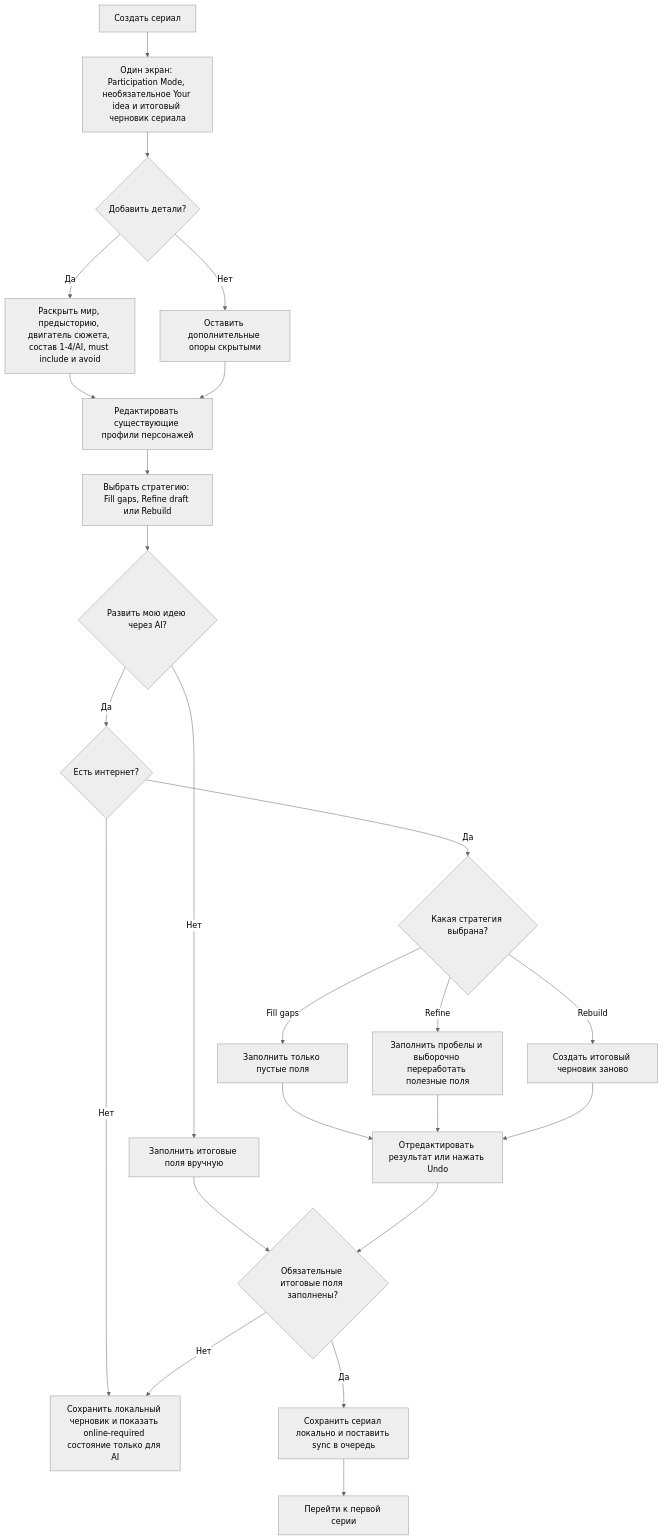
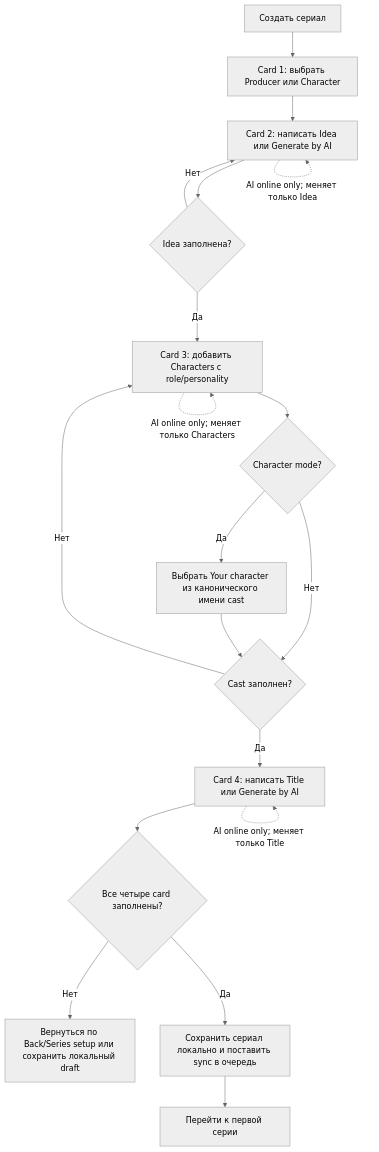
Before and after one commit to Gamshik/narrumi: the second of 10 diagrams in concept/user_flow_schema.md, drawn with Mermaid (neutral theme). The commit also changed 63 other files, not shown here.

````diff
--- a/concept/user_flow_schema.md
+++ b/concept/user_flow_schema.md
@@ -47,26 +47,21 @@
 ```mermaid
 flowchart TD
-    A["Создать сериал"] --> B["Один экран: Participation Mode, необязательное Your idea и итоговый черновик сериала"]
-    B --> C{"Добавить детали?"}
-    C -- "Да" --> D["Раскрыть мир, предысторию, двигатель сюжета, состав 1-4/AI, must include и avoid"]
-    C -- "Нет" --> E["Оставить дополнительные опоры скрытыми"]
-    D --> F["Редактировать существующие профили персонажей"]
-    E --> F
-    F --> G["Выбрать стратегию: Fill gaps, Refine draft или Rebuild"]
-    G --> H{"Развить мою идею через AI?"}
-    H -- "Нет" --> I["Заполнить итоговые поля вручную"]
-    H -- "Да" --> J{"Есть интернет?"}
-    J -- "Нет" --> K["Сохранить локальный черновик и показать online-required состояние только для AI"]
-    J -- "Да" --> L{"Какая стратегия выбрана?"}
-    L -- "Fill gaps" --> M["Заполнить только пустые поля"]
-    L -- "Refine" --> Q["Заполнить пробелы и выборочно переработать полезные поля"]
-    L -- "Rebuild" --> R["Создать итоговый черновик заново"]
-    M --> S["Отредактировать результат или нажать Undo"]
-    Q --> S
-    R --> S
-    I --> N{"Обязательные итоговые поля заполнены?"}
-    S --> N
-    N -- "Нет" --> K
-    N -- "Да" --> O["Сохранить сериал локально и поставить sync в очередь"]
-    O --> P["Перейти к первой серии"]
+    A["Создать сериал"] --> B["Card 1: выбрать Producer или Character"]
+    B --> C["Card 2: написать Idea или Generate by AI"]
+    C --> D{"Idea заполнена?"}
+    D -- "Нет" --> C
+    D -- "Да" --> E["Card 3: добавить Characters с role/personality"]
+    E --> F{"Character mode?"}
+    F -- "Да" --> G["Выбрать Your character из канонического имени cast"]
+    F -- "Нет" --> H{"Cast заполнен?"}
+    G --> H
+    H -- "Нет" --> E
+    H -- "Да" --> I["Card 4: написать Title или Generate by AI"]
+    I --> J{"Все четыре card заполнены?"}
+    J -- "Нет" --> K["Вернуться по Back/Series setup или сохранить локальный draft"]
+    J -- "Да" --> L["Сохранить сериал локально и поставить sync в очередь"]
+    C -. "AI online only; меняет только Idea" .-> C
+    E -. "AI online only; меняет только Characters" .-> E
+    I -. "AI online only; меняет только Title" .-> I
+    L --> M["Перейти к первой серии"]
 ```
````
